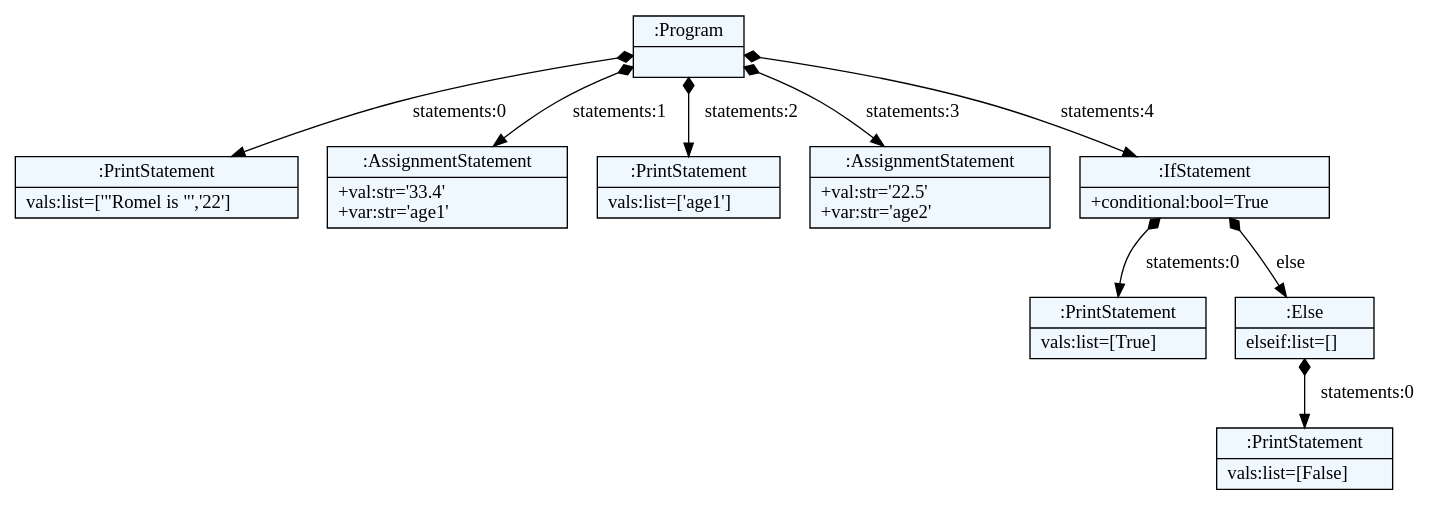
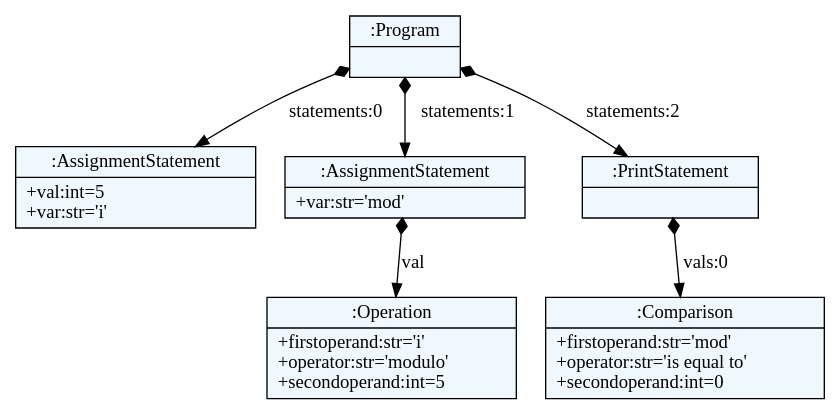
Before and after one commit to RomelAleman/minsym-cs420-final-project: the diagram in minsym.dot, drawn with Graphviz. The commit also changed 7 other files, not shown here.

```diff
--- a/minsym.dot
+++ b/minsym.dot
@@ -1,32 +1,26 @@
 
     digraph textX {
     fontname = "Bitstream Vera Sans"
     fontsize = 8
     node[
         shape=record,
         style=filled,
         fillcolor=aliceblue
     ]
     nodesep = 0.3
     edge[dir=black,arrowtail=empty]
 
 
-2411196412128 -> 2411196408768 [label="statements:0" arrowtail=diamond dir=both]
-2411196408768[label="{:PrintStatement|vals:list=['\"Romel is \"','22']\l}"]
-2411196412128 -> 2411196412464 [label="statements:1" arrowtail=diamond dir=both]
-2411196412464[label="{:AssignmentStatement|+val:str='33.4'\l+var:str='age1'\l}"]
-2411196412128 -> 2411196950608 [label="statements:2" arrowtail=diamond dir=both]
-2411196950608[label="{:PrintStatement|vals:list=['age1']\l}"]
-2411196412128 -> 2411196950928 [label="statements:3" arrowtail=diamond dir=both]
-2411196950928[label="{:AssignmentStatement|+val:str='22.5'\l+var:str='age2'\l}"]
-2411196412128 -> 2411196412800 [label="statements:4" arrowtail=diamond dir=both]
-2411196412800 -> 2411196951248 [label="statements:0" arrowtail=diamond dir=both]
-2411196951248[label="{:PrintStatement|vals:list=[True]\l}"]
-2411196412800 -> 2411196413136 [label="else" arrowtail=diamond dir=both]
-2411196413136 -> 2411196717984 [label="statements:0" arrowtail=diamond dir=both]
-2411196717984[label="{:PrintStatement|vals:list=[False]\l}"]
-2411196413136[label="{:Else|elseif:list=[]\l}"]
-2411196412800[label="{:IfStatement|+conditional:bool=True\l}"]
-2411196412128[label="{:Program|}"]
+2365891489008 -> 2365891486320 [label="statements:0" arrowtail=diamond dir=both]
+2365891486320[label="{:AssignmentStatement|+val:int=5\l+var:str='i'\l}"]
+2365891489008 -> 2365891962000 [label="statements:1" arrowtail=diamond dir=both]
+2365891962000 -> 2365891490016 [label="val" arrowtail=diamond dir=both]
+2365891490016[label="{:Operation|+firstoperand:str='i'\l+operator:str='modulo'\l+secondoperand:int=5\l}"]
+2365891962000[label="{:AssignmentStatement|+var:str='mod'\l}"]
+2365891489008 -> 2365891486656 [label="statements:2" arrowtail=diamond dir=both]
+2365891486656 -> 2365891490352 [label="vals:0" arrowtail=diamond dir=both]
+2365891490352[label="{:Comparison|+firstoperand:str='mod'\l+operator:str='is equal to'\l+secondoperand:int=0\l}"]
+2365891486656[label="{:PrintStatement|}"]
+2365891489008[label="{:Program|}"]
 
 }
```
